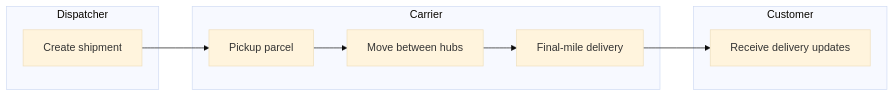
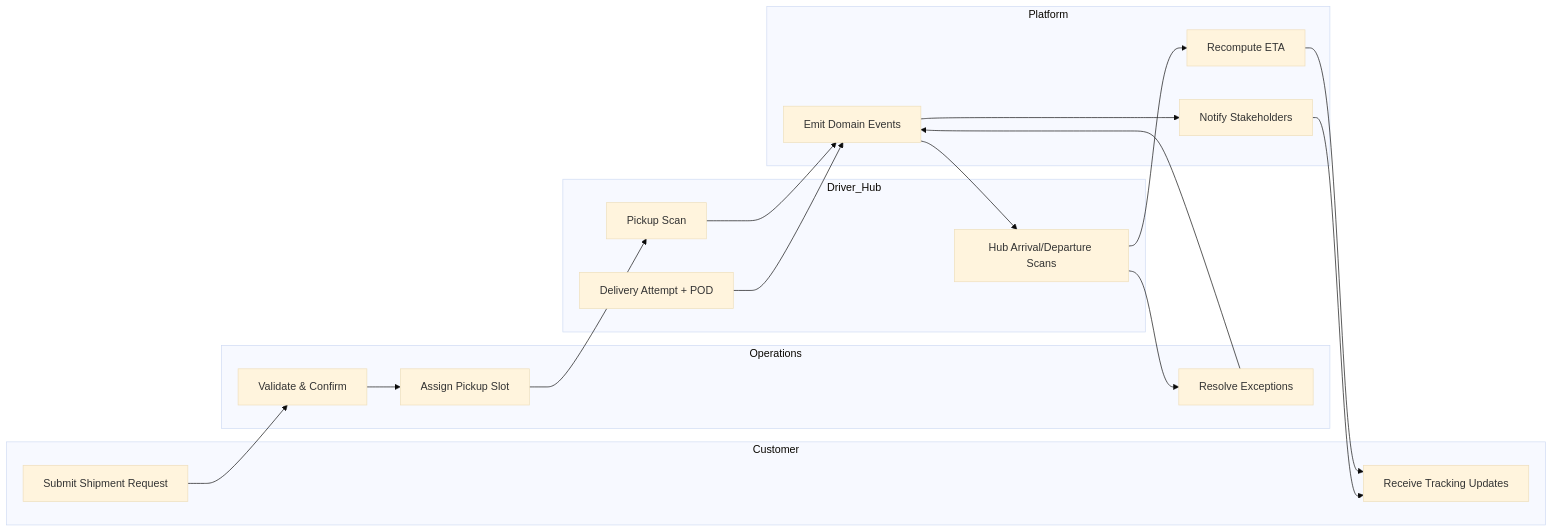
One commit to 0Ankit0/Project-Ideas changed the diagram in Logistics Tracking System/analysis/bpmn-swimlane-diagram.md. Above: the diagram before and after it, drawn with Mermaid (base theme). The commit also changed other lines of this file and 36 other files, not shown here.

Commit message:
Deepen logistics docs with implementation-ready diagrams and operations guidance

````diff
--- a/Logistics Tracking System/analysis/bpmn-swimlane-diagram.md
+++ b/Logistics Tracking System/analysis/bpmn-swimlane-diagram.md
@@ -3,15 +3,25 @@
 ```mermaid
 flowchart LR
-  subgraph Dispatcher
-    A[Create shipment]
+  subgraph Customer
+    C1[Submit Shipment Request]
+    C2[Receive Tracking Updates]
   end
-  subgraph Carrier
-    B[Pickup parcel]
-    C[Move between hubs]
-    D[Final-mile delivery]
+  subgraph Operations
+    O1[Validate & Confirm]
+    O2[Assign Pickup Slot]
+    O3[Resolve Exceptions]
   end
-  subgraph Customer
-    E[Receive delivery updates]
+  subgraph Driver_Hub
+    D1[Pickup Scan]
+    D2[Hub Arrival/Departure Scans]
+    D3[Delivery Attempt + POD]
   end
-  A --> B --> C --> D --> E
+  subgraph Platform
+    P1[Emit Domain Events]
+    P2[Recompute ETA]
+    P3[Notify Stakeholders]
+  end
+  C1 --> O1 --> O2 --> D1 --> P1 --> D2 --> P2 --> C2
+  D3 --> P1 --> P3 --> C2
+  D2 --> O3 --> P1
 ```
````
